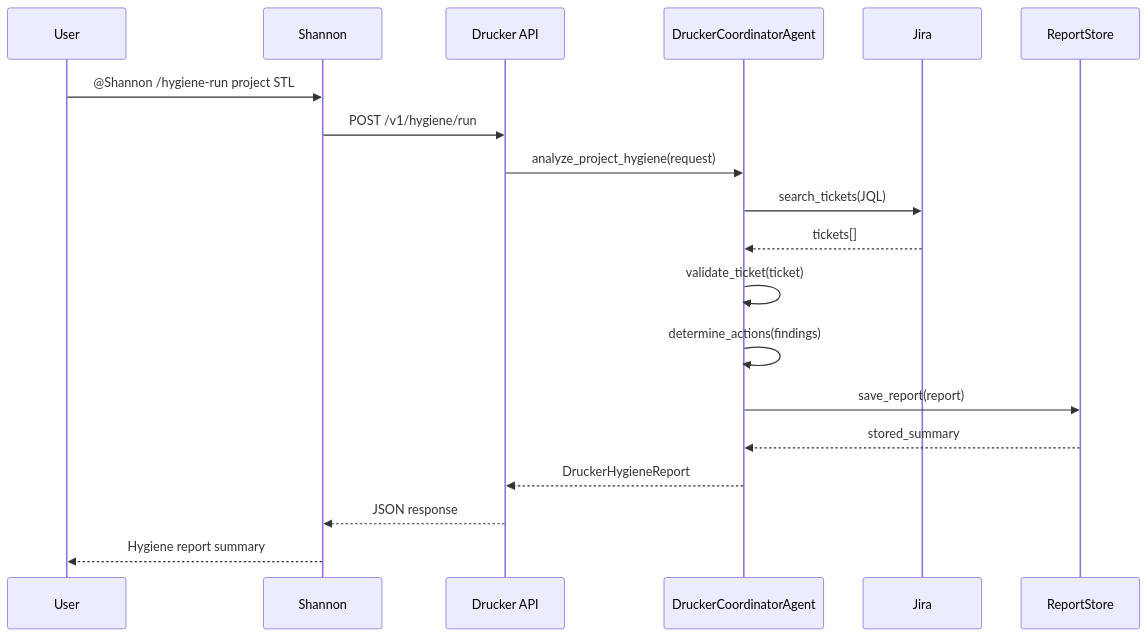
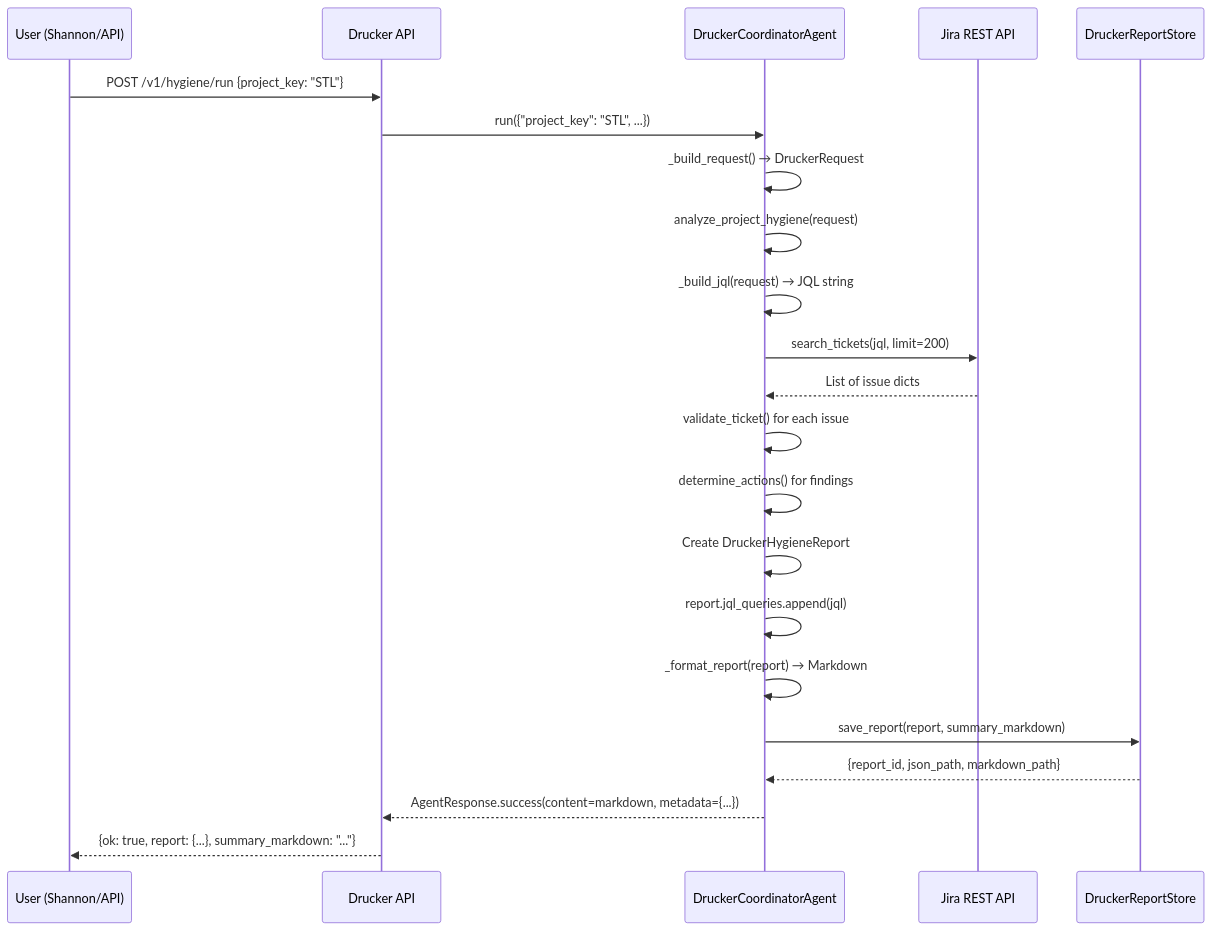
The second of 4 diagrams in docs/agents-drucker.md (jmac-cornelis/agent-workforce), drawn with Mermaid before and after one commit. The commit also changed other lines of this file and 4 other files, not shown here.

````diff
--- a/docs/agents-drucker.md
+++ b/docs/agents-drucker.md
@@ -82,22 +112,25 @@
 ```mermaid
 sequenceDiagram
-    participant User
-    participant Shannon
+    participant User as User (Shannon/API)
     participant API as Drucker API
     participant Agent as DruckerCoordinatorAgent
-    participant Jira
-    participant Store as ReportStore
-    
-    User->>Shannon: @Shannon /hygiene-run project STL
-    Shannon->>API: POST /v1/hygiene/run
-    API->>Agent: analyze_project_hygiene(request)
-    Agent->>Jira: search_tickets(JQL)
-    Jira-->>Agent: tickets[]
-    Agent->>Agent: validate_ticket(ticket)
-    Agent->>Agent: determine_actions(findings)
-    Agent->>Store: save_report(report)
-    Store-->>Agent: stored_summary
-    Agent-->>API: DruckerHygieneReport
-    API-->>Shannon: JSON response
-    Shannon-->>User: Hygiene report summary
+    participant Jira as Jira REST API
+    participant Store as DruckerReportStore
+
+    User->>API: POST /v1/hygiene/run {project_key: "STL"}
+    API->>Agent: run({"project_key": "STL", ...})
+    Agent->>Agent: _build_request() → DruckerRequest
+    Agent->>Agent: analyze_project_hygiene(request)
+    Agent->>Agent: _build_jql(request) → JQL string
+    Agent->>Jira: search_tickets(jql, limit=200)
+    Jira-->>Agent: List of issue dicts
+    Agent->>Agent: validate_ticket() for each issue
+    Agent->>Agent: determine_actions() for findings
+    Agent->>Agent: Create DruckerHygieneReport
+    Agent->>Agent: report.jql_queries.append(jql)
+    Agent->>Agent: _format_report(report) → Markdown
+    Agent->>Store: save_report(report, summary_markdown)
+    Store-->>Agent: {report_id, json_path, markdown_path}
+    Agent-->>API: AgentResponse.success(content=markdown, metadata={...})
+    API-->>User: {ok: true, report: {...}, summary_markdown: "..."}
 ```
````
